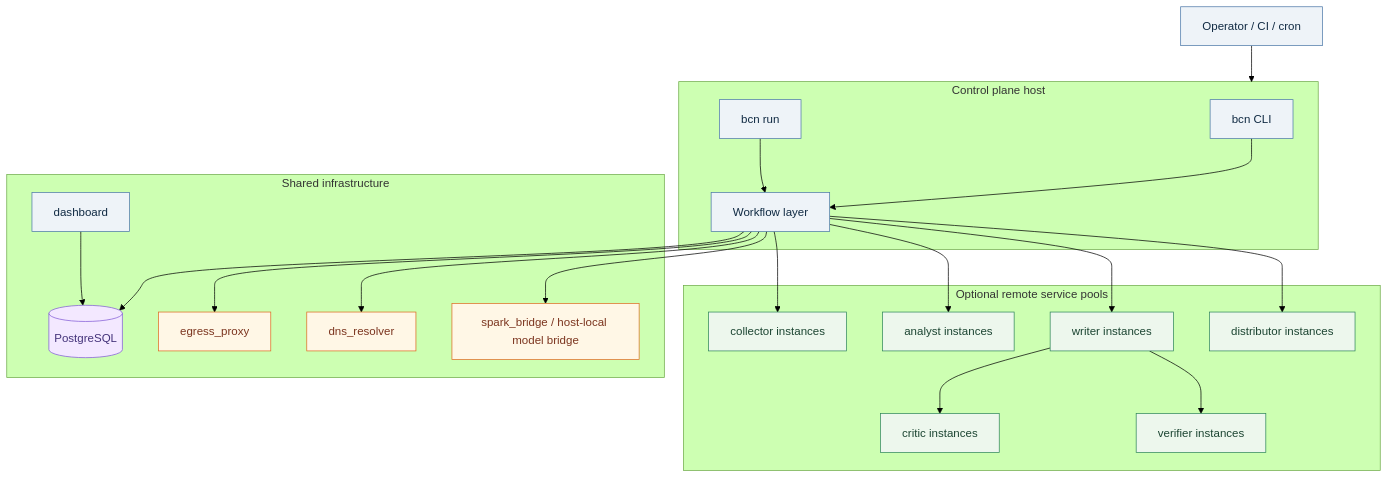
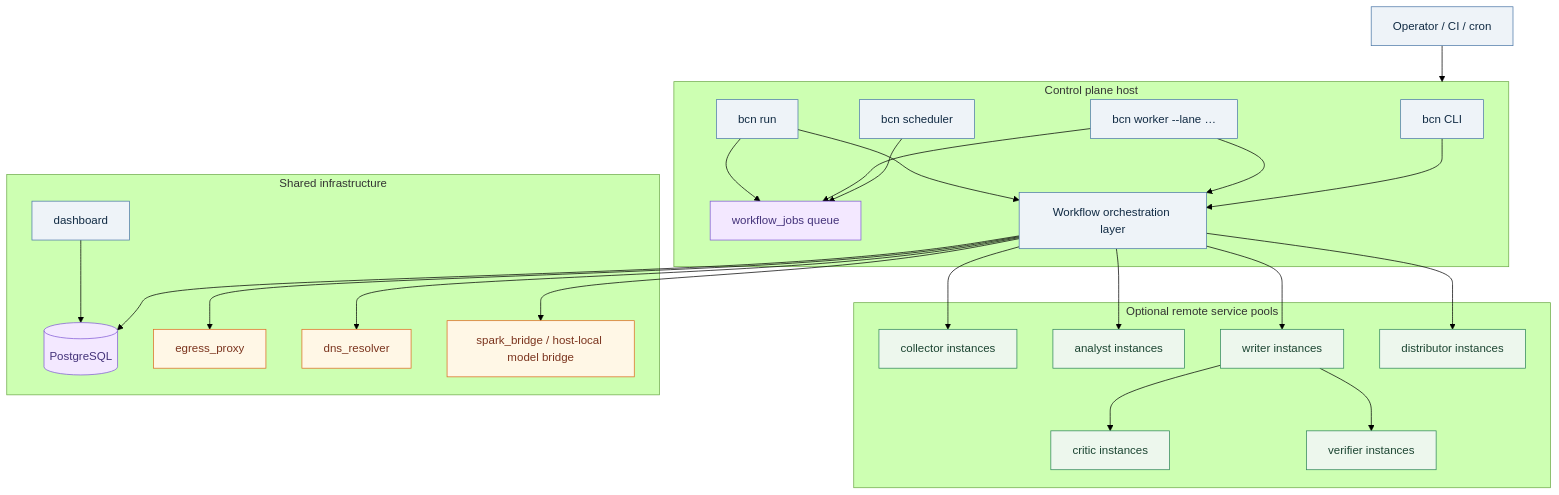
One commit to andreyka/broken-cloud-news changed the second of 3 diagrams in ARCHITECTURE.md. Above: the diagram before and after it, drawn with Mermaid (forest theme). The commit also changed other lines of this file and 21 other files, not shown here.

Commit message:
Refactor workflow orchestration around durable queue workers

````diff
--- a/ARCHITECTURE.md
+++ b/ARCHITECTURE.md
@@ -96,47 +96,54 @@
 ```mermaid
 flowchart TB
     classDef node fill:#eef3f8,stroke:#4c78a8,color:#102a43
     classDef svc fill:#edf7ed,stroke:#2f855a,color:#1c4532
     classDef db fill:#f3e8ff,stroke:#805ad5,color:#44337a
     classDef infra fill:#fff7e6,stroke:#dd6b20,color:#7b341e
 
     Operator["Operator / CI / cron"]:::node --> ControlPlane
 
     subgraph ControlPlane["Control plane host"]
         CLI2["bcn CLI"]:::node
+        Scheduler["bcn scheduler"]:::node
+        Workers["bcn worker --lane …"]:::node
         Daemon["bcn run"]:::node
-        LocalWorkflow["Workflow layer"]:::node
+        Queue["workflow_jobs queue"]:::db
+        LocalWorkflow["Workflow orchestration layer"]:::node
         CLI2 --> LocalWorkflow
+        Scheduler --> Queue
+        Workers --> Queue
+        Daemon --> Queue
+        Workers --> LocalWorkflow
         Daemon --> LocalWorkflow
     end
 
     subgraph ServicePool["Optional remote service pools"]
         CollectorPool["collector instances"]:::svc
         AnalystPool["analyst instances"]:::svc
         WriterPool["writer instances"]:::svc
         CriticPool["critic instances"]:::svc
         VerifierPool["verifier instances"]:::svc
         DistributorPool["distributor instances"]:::svc
     end
 
     subgraph SharedInfra["Shared infrastructure"]
         PG[("PostgreSQL")]:::db
         Dash["dashboard"]:::node
         Proxy["egress_proxy"]:::infra
         DNS["dns_resolver"]:::infra
         Bridge["spark_bridge / host-local model bridge"]:::infra
     end
 
     LocalWorkflow --> CollectorPool
     LocalWorkflow --> AnalystPool
     LocalWorkflow --> WriterPool
     LocalWorkflow --> DistributorPool
     WriterPool --> CriticPool
     WriterPool --> VerifierPool
 
     LocalWorkflow --> PG
     Dash --> PG
     LocalWorkflow --> Proxy
     LocalWorkflow --> DNS
     LocalWorkflow --> Bridge
 ```
````
